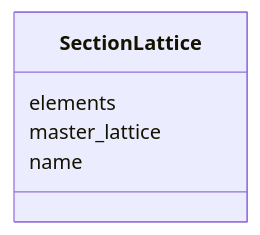
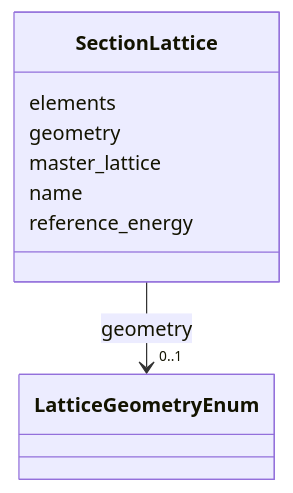
The diagram in docs/source/schema/SectionLattice.md (astec-stfc/laura), drawn with Mermaid before and after one commit. The commit also changed other lines of this file and 26 other files, not shown here.

````diff
--- a/docs/source/schema/SectionLattice.md
+++ b/docs/source/schema/SectionLattice.md
@@ -18,12 +18,25 @@
 ```mermaid
  classDiagram
     class SectionLattice
     click SectionLattice href "../SectionLattice/"
       SectionLattice : elements
         
+      SectionLattice : geometry
+        
+          
+    
+        
+        
+        SectionLattice --> "0..1" LatticeGeometryEnum : geometry
+        click LatticeGeometryEnum href "../LatticeGeometryEnum/"
+    
+
+        
       SectionLattice : master_lattice
         
       SectionLattice : name
         
+      SectionLattice : reference_energy
+        
       
 ```
````
